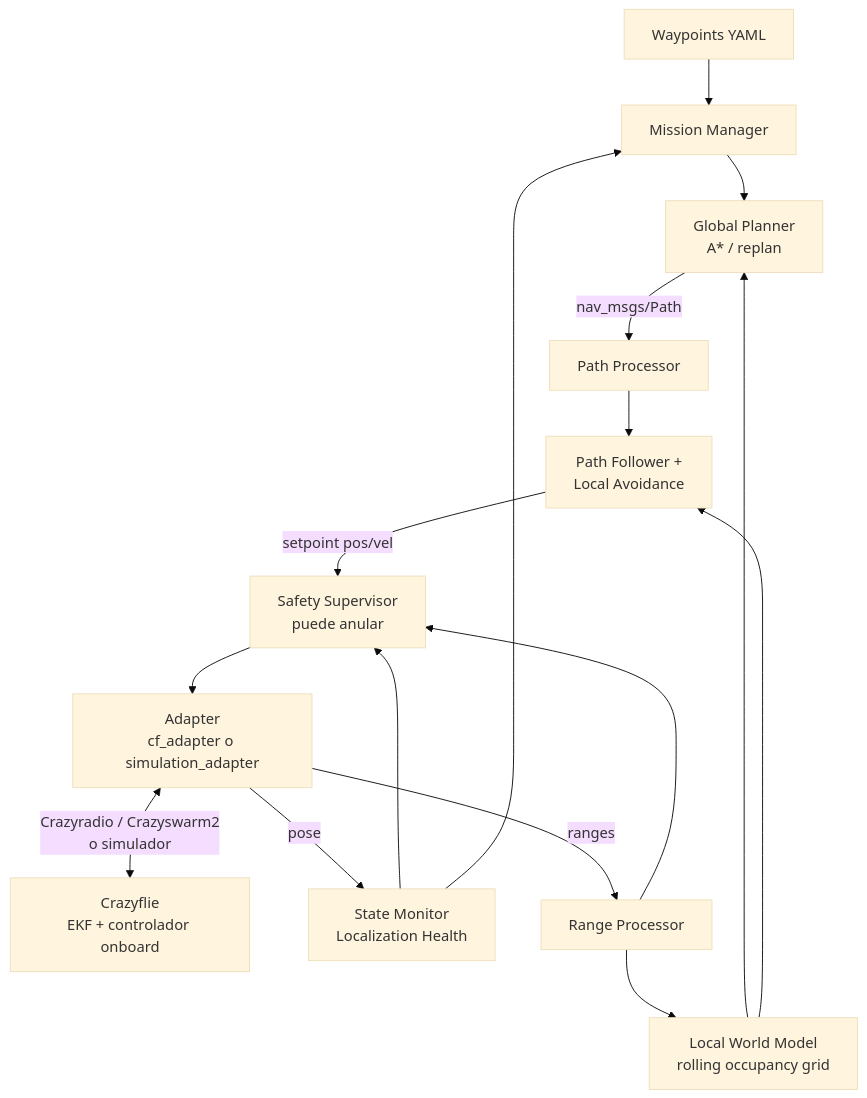
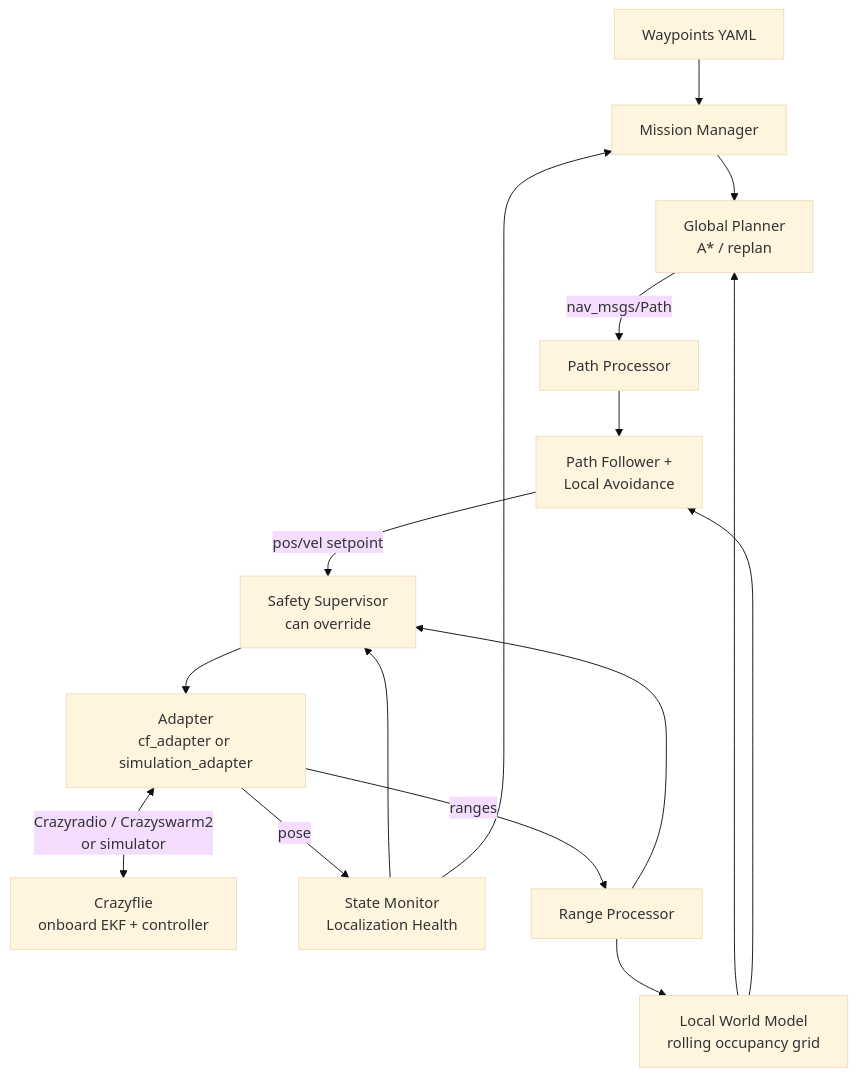
Before and after one commit to Comentario/mobile-robotics-hackathon-crazyflie: the diagram in docs/roadmap.md, drawn with Mermaid (base theme). The commit also changed other lines of this file and 116 other files, not shown here.

````diff
--- a/docs/roadmap.md
+++ b/docs/roadmap.md
@@ -66,17 +66,17 @@
 ```mermaid
 flowchart TB
   WP[Waypoints YAML] --> MM[Mission Manager]
   MM --> GP[Global Planner<br/>A* / replan]
   GP -- nav_msgs/Path --> PP[Path Processor]
   PP --> LN[Path Follower +<br/>Local Avoidance]
-  LN -- setpoint pos/vel --> SS[Safety Supervisor<br/>puede anular]
-  SS --> AD[Adapter<br/>cf_adapter o simulation_adapter]
-  AD <-->|Crazyradio / Crazyswarm2<br/>o simulador| CF[Crazyflie<br/>EKF + controlador onboard]
+  LN -- pos/vel setpoint --> SS[Safety Supervisor<br/>can override]
+  SS --> AD[Adapter<br/>cf_adapter or simulation_adapter]
+  AD <-->|Crazyradio / Crazyswarm2<br/>or simulator| CF[Crazyflie<br/>onboard EKF + controller]
   AD -- pose --> SM[State Monitor<br/>Localization Health]
   AD -- ranges --> RP[Range Processor] --> WM[Local World Model<br/>rolling occupancy grid]
   WM --> GP
   WM --> LN
   SM --> SS
   SM --> MM
   RP --> SS
 ```
````
